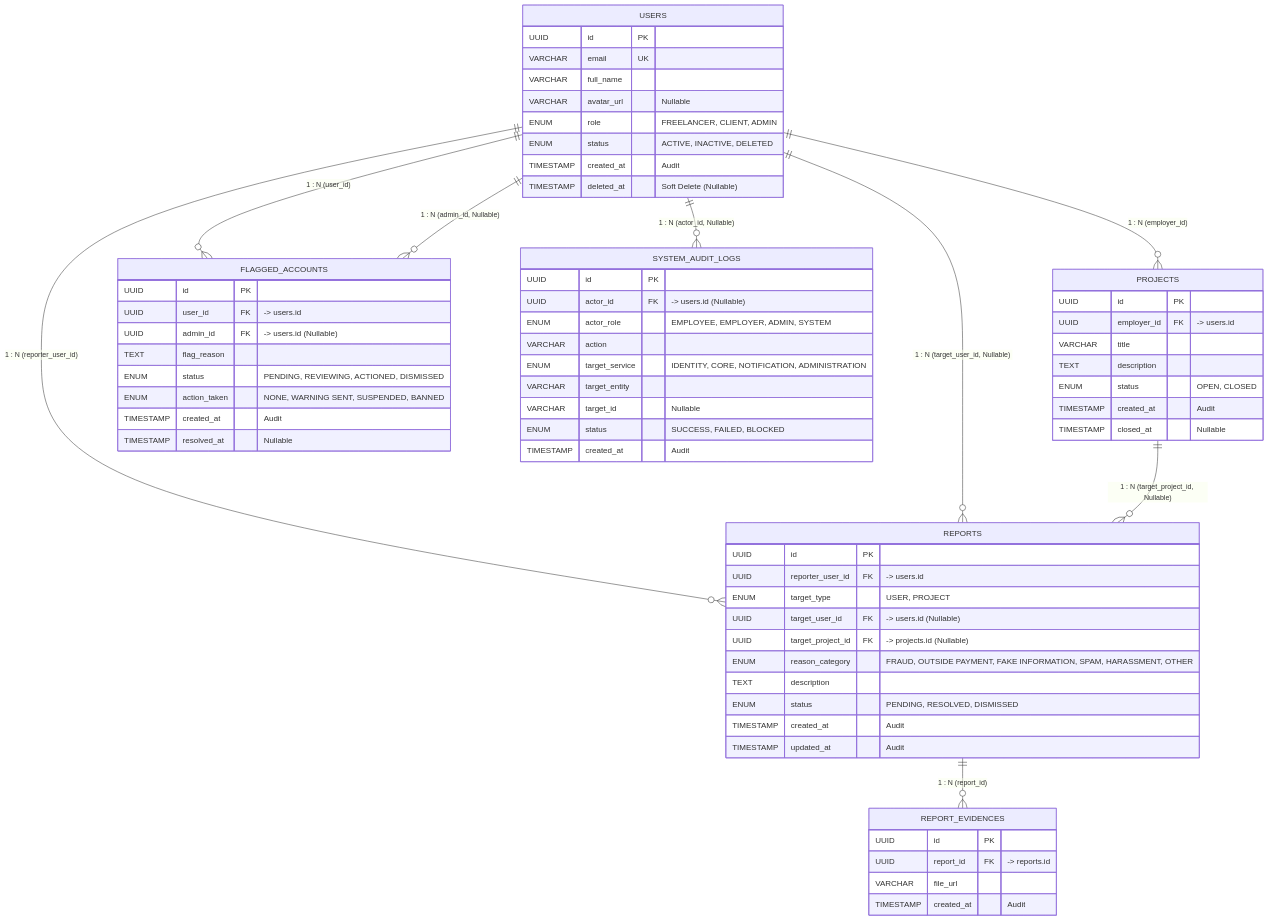
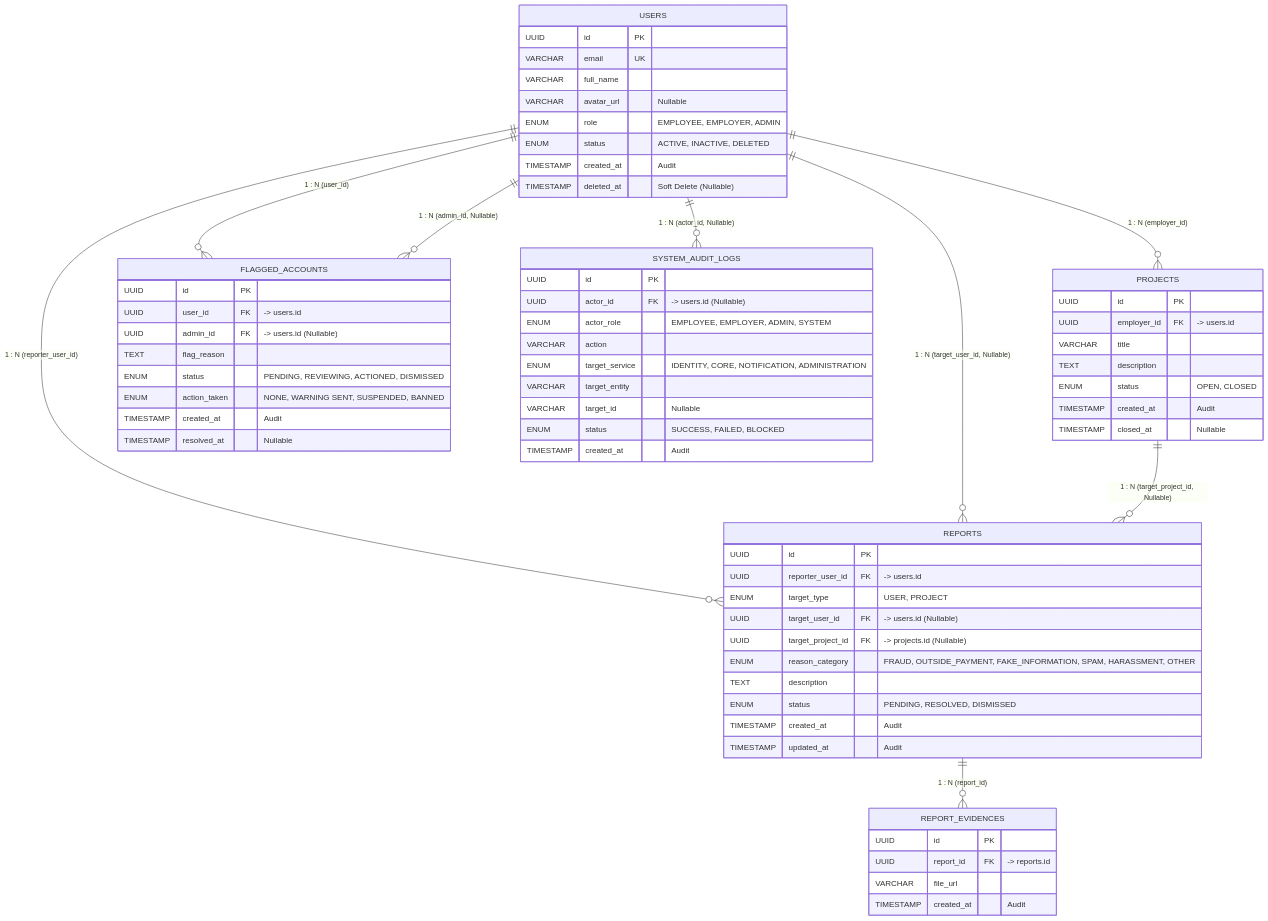
Before and after one commit to Occupify/occupify-payment: the diagram in docs/ADMINISTRATION-ERD.md, drawn with Mermaid. The commit also changed other lines of this file, not shown here.

First line of the commit message:
docs(admin): standardize users role and report reason category enums

````diff
--- a/docs/ADMINISTRATION-ERD.md
+++ b/docs/ADMINISTRATION-ERD.md
@@ -29,75 +29,75 @@
 ```mermaid
 erDiagram
     USERS ||--o{ PROJECTS : "1 : N (employer_id)"
     USERS ||--o{ REPORTS : "1 : N (reporter_user_id)"
     USERS ||--o{ REPORTS : "1 : N (target_user_id, Nullable)"
     PROJECTS ||--o{ REPORTS : "1 : N (target_project_id, Nullable)"
     REPORTS ||--o{ REPORT_EVIDENCES : "1 : N (report_id)"
     USERS ||--o{ FLAGGED_ACCOUNTS : "1 : N (user_id)"
     USERS ||--o{ FLAGGED_ACCOUNTS : "1 : N (admin_id, Nullable)"
     USERS ||--o{ SYSTEM_AUDIT_LOGS : "1 : N (actor_id, Nullable)"
 
     USERS {
         UUID id PK
         VARCHAR email UK
         VARCHAR full_name
         VARCHAR avatar_url "Nullable"
-        ENUM role "FREELANCER, CLIENT, ADMIN"
+        ENUM role "EMPLOYEE, EMPLOYER, ADMIN"
         ENUM status "ACTIVE, INACTIVE, DELETED"
         TIMESTAMP created_at "Audit"
         TIMESTAMP deleted_at "Soft Delete (Nullable)"
     }
 
     PROJECTS {
         UUID id PK
         UUID employer_id FK "-> users.id"
         VARCHAR title
         TEXT description
         ENUM status "OPEN, CLOSED"
         TIMESTAMP created_at "Audit"
         TIMESTAMP closed_at "Nullable"
     }
 
     REPORTS {
         UUID id PK
         UUID reporter_user_id FK "-> users.id"
         ENUM target_type "USER, PROJECT"
         UUID target_user_id FK "-> users.id (Nullable)"
         UUID target_project_id FK "-> projects.id (Nullable)"
-        ENUM reason_category "FRAUD, OUTSIDE PAYMENT, FAKE INFORMATION, SPAM, HARASSMENT, OTHER"
+        ENUM reason_category "FRAUD, OUTSIDE_PAYMENT, FAKE_INFORMATION, SPAM, HARASSMENT, OTHER"
         TEXT description
         ENUM status "PENDING, RESOLVED, DISMISSED"
         TIMESTAMP created_at "Audit"
         TIMESTAMP updated_at "Audit"
     }
 
     REPORT_EVIDENCES {
         UUID id PK
         UUID report_id FK "-> reports.id"
         VARCHAR file_url
         TIMESTAMP created_at "Audit"
     }
 
     FLAGGED_ACCOUNTS {
         UUID id PK
         UUID user_id FK "-> users.id"
         UUID admin_id FK "-> users.id (Nullable)"
         TEXT flag_reason
         ENUM status "PENDING, REVIEWING, ACTIONED, DISMISSED"
         ENUM action_taken "NONE, WARNING SENT, SUSPENDED, BANNED"
         TIMESTAMP created_at "Audit"
         TIMESTAMP resolved_at "Nullable"
     }
 
     SYSTEM_AUDIT_LOGS {
         UUID id PK
         UUID actor_id FK "-> users.id (Nullable)"
         ENUM actor_role "EMPLOYEE, EMPLOYER, ADMIN, SYSTEM"
         VARCHAR action
         ENUM target_service "IDENTITY, CORE, NOTIFICATION, ADMINISTRATION"
         VARCHAR target_entity
         VARCHAR target_id "Nullable"
         ENUM status "SUCCESS, FAILED, BLOCKED"
         TIMESTAMP created_at "Audit"
     }
 ```
````
